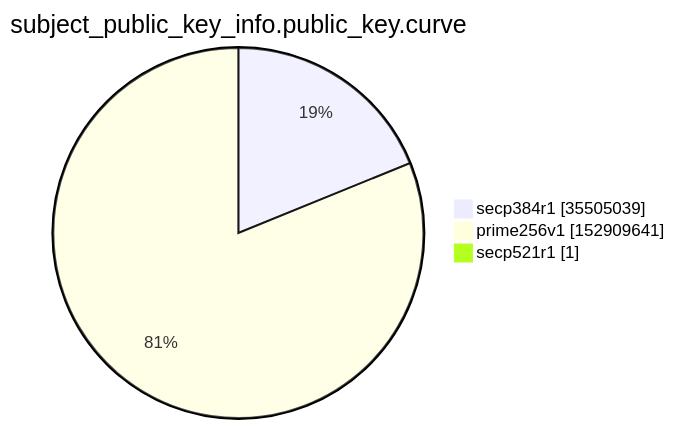
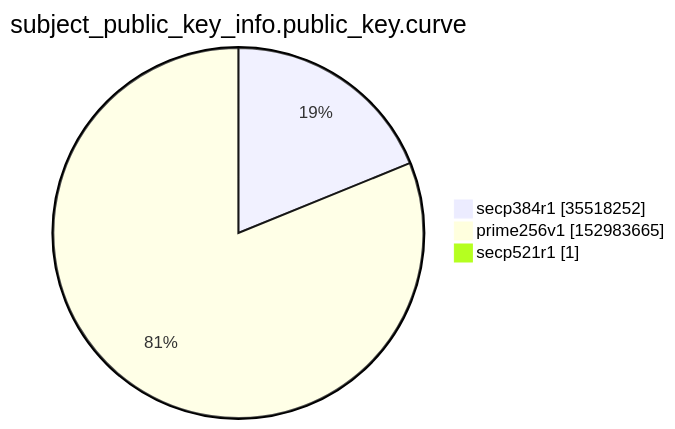
Before and after one commit to christiankrug/ctmonitor_visualization: the ninth of 15 diagrams in argon2022/README.md, drawn with Mermaid. The commit also changed other lines of this file, not shown here.

````diff
--- a/argon2022/README.md
+++ b/argon2022/README.md
@@ -2765,7 +2765,7 @@
 ```mermaid
 pie showData
 title subject_public_key_info.public_key.curve
-"secp384r1" :35505039
-"prime256v1" :152909641
+"secp384r1" :35518252
+"prime256v1" :152983665
 "secp521r1" :1
 ```
````
